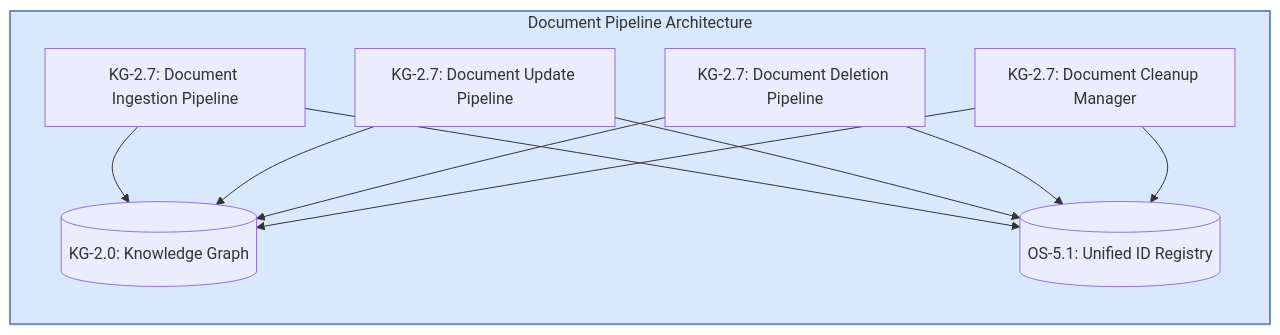
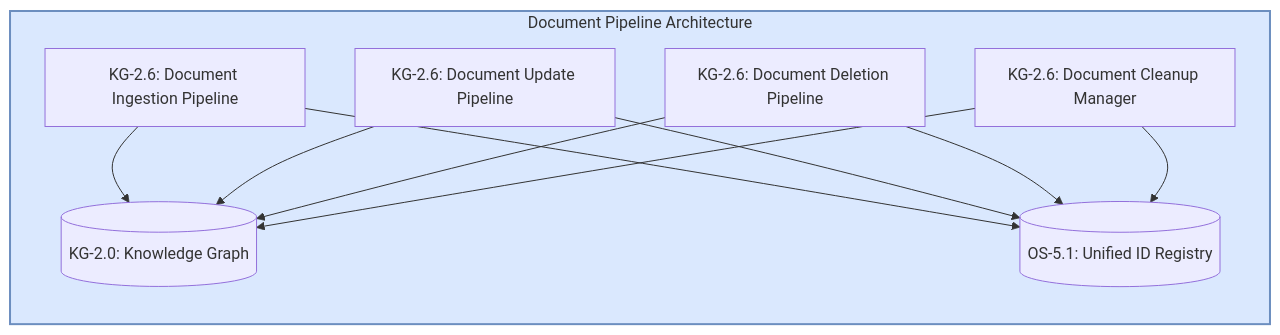
One commit to Knuckles-Team/agent-utilities changed the third of 5 diagrams in docs/guides/knowledge-graph.md. Above: the diagram before and after it, drawn with Mermaid. The commit also changed other lines of this file and 556 other files, not shown here.

````diff
--- a/docs/guides/knowledge-graph.md
+++ b/docs/guides/knowledge-graph.md
@@ -333,24 +343,24 @@
 ```mermaid
 graph TD
     subgraph Document_Pipeline ["Document Pipeline Architecture"]
         direction TB
-        Ingest[KG-2.7: Document Ingestion Pipeline]
-        Update[KG-2.7: Document Update Pipeline]
-        Delete[KG-2.7: Document Deletion Pipeline]
-        Cleanup[KG-2.7: Document Cleanup Manager]
+        Ingest[KG-2.6: Document Ingestion Pipeline]
+        Update[KG-2.6: Document Update Pipeline]
+        Delete[KG-2.6: Document Deletion Pipeline]
+        Cleanup[KG-2.6: Document Cleanup Manager]
 
         Ingest --> KGNode[("KG-2.0: Knowledge Graph")]
         Ingest --> IDReg[("OS-5.1: Unified ID Registry")]
 
         Update --> KGNode
         Update --> IDReg
 
         Delete --> KGNode
         Delete --> IDReg
 
         Cleanup --> KGNode
         Cleanup --> IDReg
     end
 
     style Document_Pipeline fill:#dae8fe,stroke:#6c8ebf,stroke-width:2px
 ```
````
